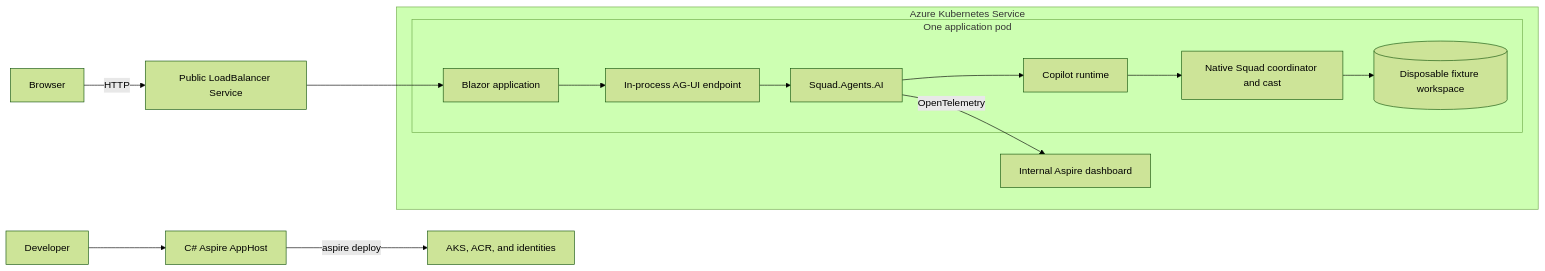
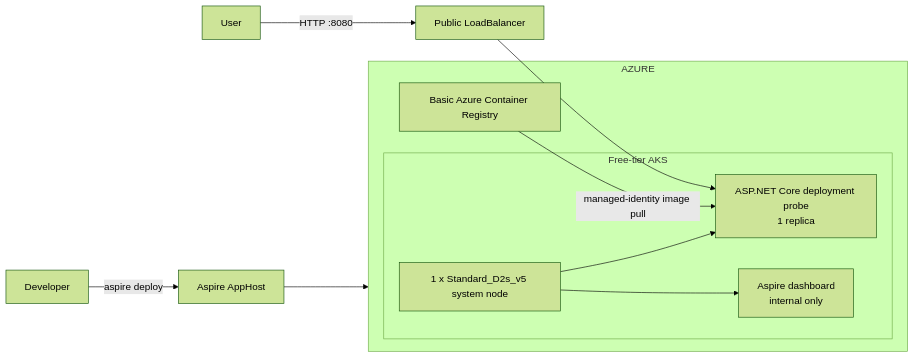
Before and after one commit to bradygaster/squad-on-aks: the diagram in README.md, drawn with Mermaid (forest theme). The commit also changed other lines of this file, not shown here.

First line of the commit message:
docs: document the proven AKS deployment flow

````diff
--- a/README.md
+++ b/README.md
@@ -53,21 +30,22 @@
 ```mermaid
 flowchart LR
-    DEV["Developer"] --> APPHOST["C# Aspire AppHost"]
-    APPHOST -->|"aspire deploy"| AZURE["AKS, ACR, and identities"]
+    DEV["Developer"] -->|"aspire deploy"| APPHOST["Aspire AppHost"]
+    APPHOST --> AZURE["Azure resource group"]
 
-    USER["Browser"] -->|"HTTP"| LB["Public LoadBalancer Service"]
-    LB --> UI["Blazor application"]
+    subgraph AZURE
+        ACR["Basic Azure Container Registry"]
 
-    subgraph AKS["Azure Kubernetes Service"]
-        subgraph POD["One application pod"]
-            UI --> AGUI["In-process AG-UI endpoint"]
-            AGUI --> AGENT["Squad.Agents.AI"]
-            AGENT --> COPILOT["Copilot runtime"]
-            COPILOT --> SQUAD["Native Squad coordinator and cast"]
-            SQUAD --> WORKSPACE[("Disposable fixture workspace")]
+        subgraph AKS["Free-tier AKS"]
+            NODE["1 x Standard_D2s_v5 system node"]
+            APP["ASP.NET Core deployment probe<br/>1 replica"]
+            DASH["Aspire dashboard<br/>internal only"]
+            NODE --> APP
+            NODE --> DASH
         end
 
-        DASH["Internal Aspire dashboard"]
-        AGENT -->|"OpenTelemetry"| DASH
+        ACR -->|"managed-identity image pull"| APP
     end
+
+    USER["User"] -->|"HTTP :8080"| LB["Public LoadBalancer"]
+    LB --> APP
 ```
````
